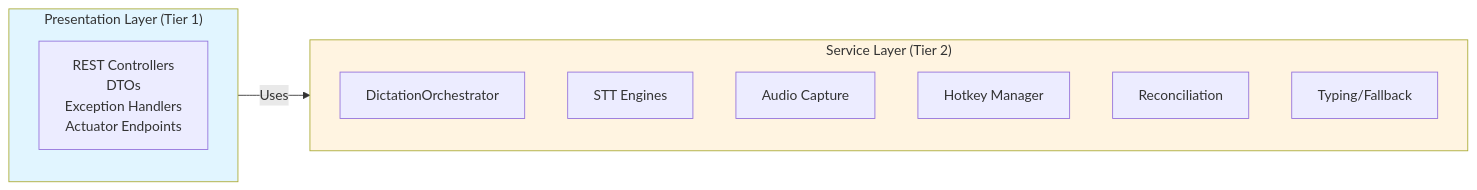
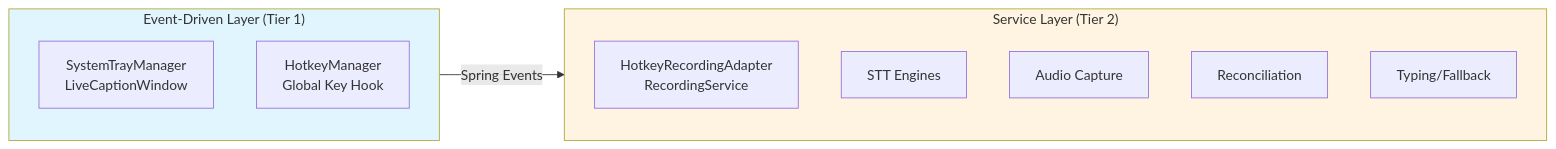
One commit to phillippitts/speakToMack changed the second of 4 diagrams in docs/diagrams/architecture-overview.md. Above: the diagram before and after it, drawn with Mermaid. The commit also changed other lines of this file and 18 other files, not shown here.

````diff
--- a/docs/diagrams/architecture-overview.md
+++ b/docs/diagrams/architecture-overview.md
@@ -31,20 +32,20 @@
 ```mermaid
 graph LR
-    subgraph Presentation["Presentation Layer (Tier 1)"]
-        Controllers[REST Controllers<br/>DTOs<br/>Exception Handlers<br/>Actuator Endpoints]
+    subgraph EventDriven["Event-Driven Layer (Tier 1)"]
+        Tray[SystemTrayManager<br/>LiveCaptionWindow]
+        HotkeyMgr[HotkeyManager<br/>Global Key Hook]
     end
 
     subgraph Service["Service Layer (Tier 2)"]
-        Orchestrator[DictationOrchestrator]
+        Orchestrator[HotkeyRecordingAdapter<br/>RecordingService]
         STT[STT Engines]
         Audio[Audio Capture]
-        Hotkey[Hotkey Manager]
         Reconcile[Reconciliation]
         Typing[Typing/Fallback]
     end
 
-    Presentation -->|Uses| Service
+    EventDriven -->|Spring Events| Service
 
-    style Presentation fill:#e1f5ff
+    style EventDriven fill:#e1f5ff
     style Service fill:#fff4e1
 ```
````
